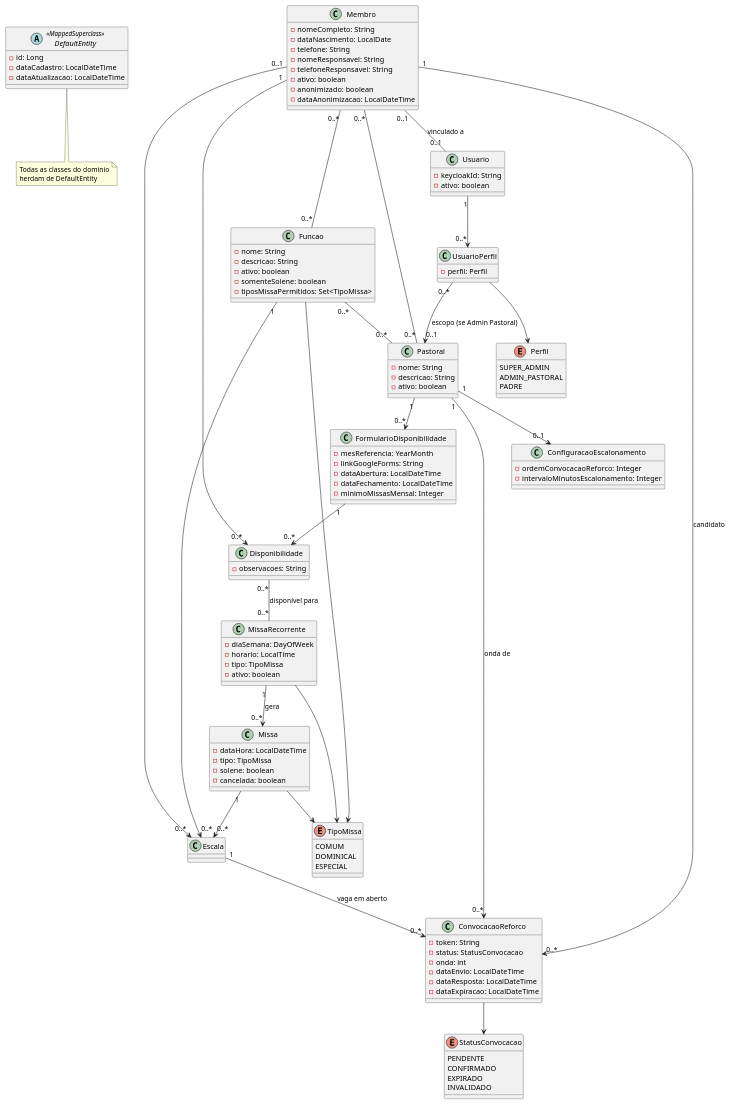
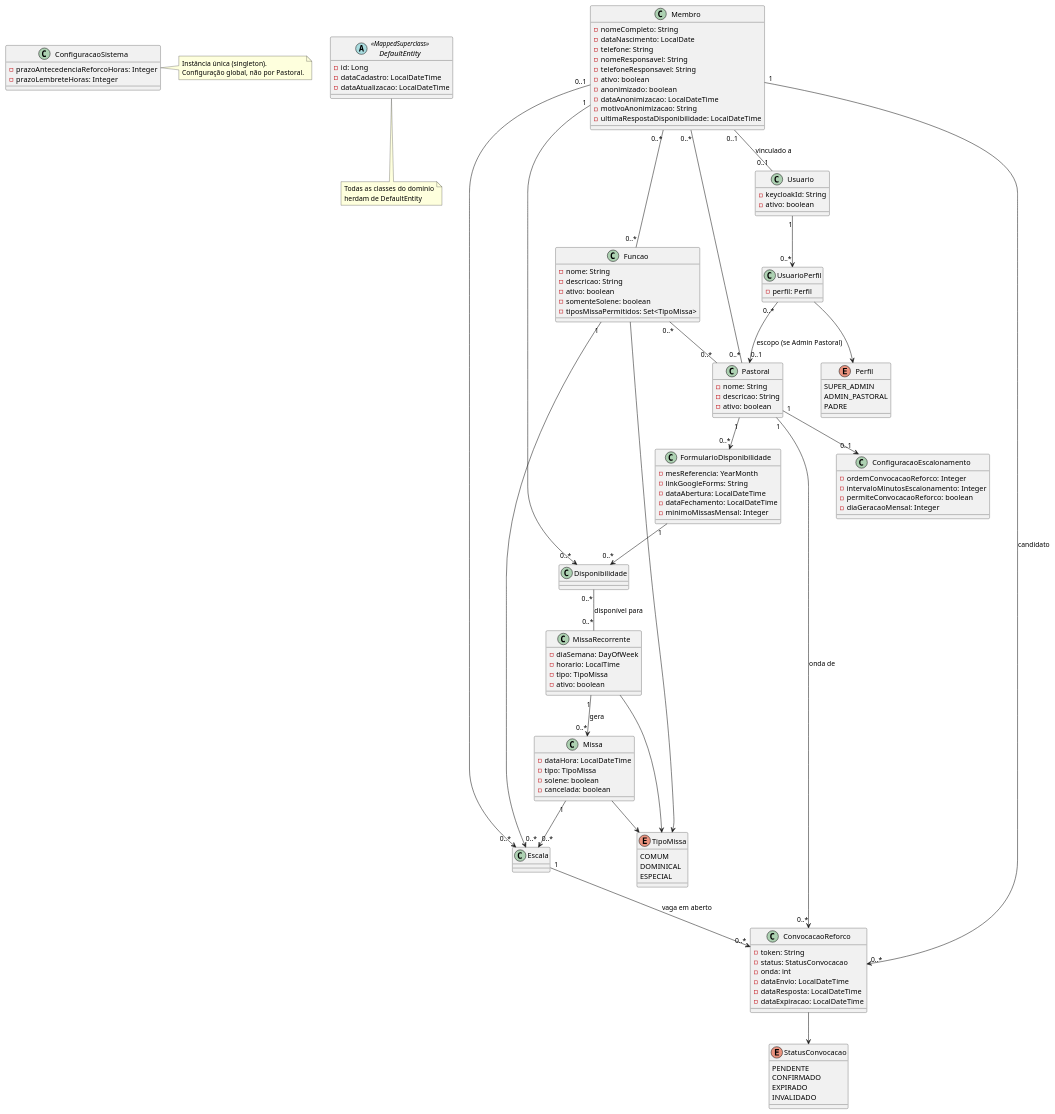
Before and after one commit to DaviRSuassuna/paroquia-sistema: the diagram in docs/diagramas/classes.plantuml, drawn with PlantUML. The commit also changed 4 other files, not shown here.

```diff
--- a/docs/diagramas/classes.plantuml
+++ b/docs/diagramas/classes.plantuml
@@ -1,142 +1,155 @@
 @startuml classes
 
 abstract class DefaultEntity <<MappedSuperclass>> {
   - id: Long
   - dataCadastro: LocalDateTime
   - dataAtualizacao: LocalDateTime
 }
 
 note bottom of DefaultEntity
   Todas as classes do domínio
   herdam de DefaultEntity
 end note
 
 enum TipoMissa {
   COMUM
   DOMINICAL
   ESPECIAL
 }
 
 enum Perfil {
   SUPER_ADMIN
   ADMIN_PASTORAL
   PADRE
 }
 
 enum StatusConvocacao {
   PENDENTE
   CONFIRMADO
   EXPIRADO
   INVALIDADO
 }
 
 class Membro {
   - nomeCompleto: String
   - dataNascimento: LocalDate
   - telefone: String
   - nomeResponsavel: String
   - telefoneResponsavel: String
   - ativo: boolean
   - anonimizado: boolean
   - dataAnonimizacao: LocalDateTime
+  - motivoAnonimizacao: String
+  - ultimaRespostaDisponibilidade: LocalDateTime
 }
 
 class Pastoral {
   - nome: String
   - descricao: String
   - ativo: boolean
 }
 
 class ConfiguracaoEscalonamento {
   - ordemConvocacaoReforco: Integer
   - intervaloMinutosEscalonamento: Integer
+  - permiteConvocacaoReforco: boolean
+  - diaGeracaoMensal: Integer
 }
+
+class ConfiguracaoSistema {
+  - prazoAntecedenciaReforcoHoras: Integer
+  - prazoLembreteHoras: Integer
+}
+
+note right of ConfiguracaoSistema
+  Instância única (singleton).
+  Configuração global, não por Pastoral.
+end note
 
 class Funcao {
   - nome: String
   - descricao: String
   - ativo: boolean
   - somenteSolene: boolean
   - tiposMissaPermitidos: Set<TipoMissa>
 }
 
 class MissaRecorrente {
   - diaSemana: DayOfWeek
   - horario: LocalTime
   - tipo: TipoMissa
   - ativo: boolean
 }
 
 class Missa {
   - dataHora: LocalDateTime
   - tipo: TipoMissa
   - solene: boolean
   - cancelada: boolean
 }
 
 class Escala {
 }
 
 class FormularioDisponibilidade {
   - mesReferencia: YearMonth
   - linkGoogleForms: String
   - dataAbertura: LocalDateTime
   - dataFechamento: LocalDateTime
   - minimoMissasMensal: Integer
 }
 
 class Disponibilidade {
-  - observacoes: String
 }
 
 class ConvocacaoReforco {
   - token: String
   - status: StatusConvocacao
   - onda: int
   - dataEnvio: LocalDateTime
   - dataResposta: LocalDateTime
   - dataExpiracao: LocalDateTime
 }
 
 class Usuario {
   - keycloakId: String
   - ativo: boolean
 }
 
 class UsuarioPerfil {
   - perfil: Perfil
 }
 
 Membro "0..*" -- "0..*" Pastoral
 Membro "0..*" -- "0..*" Funcao
 Funcao "0..*" -- "0..*" Pastoral
 
 Pastoral "1" --> "0..1" ConfiguracaoEscalonamento
 Pastoral "1" --> "0..*" ConvocacaoReforco : onda de
 
 Missa "1" --> "0..*" Escala
 Membro "0..1" --> "0..*" Escala
 Funcao "1" --> "0..*" Escala
 
 MissaRecorrente "1" --> "0..*" Missa : gera
 
 Pastoral "1" --> "0..*" FormularioDisponibilidade
 FormularioDisponibilidade "1" --> "0..*" Disponibilidade
 Membro "1" --> "0..*" Disponibilidade
 Disponibilidade "0..*" -- "0..*" MissaRecorrente : disponível para
 
 Escala "1" --> "0..*" ConvocacaoReforco : vaga em aberto
 Membro "1" --> "0..*" ConvocacaoReforco : candidato
 
 Membro "0..1" -- "0..1" Usuario : vinculado a
 
 Usuario "1" --> "0..*" UsuarioPerfil
 UsuarioPerfil "0..*" --> "0..1" Pastoral : escopo (se Admin Pastoral)
 
 Missa --> TipoMissa
 MissaRecorrente --> TipoMissa
 Funcao --> TipoMissa
 UsuarioPerfil --> Perfil
 ConvocacaoReforco --> StatusConvocacao
 
 @enduml
```
